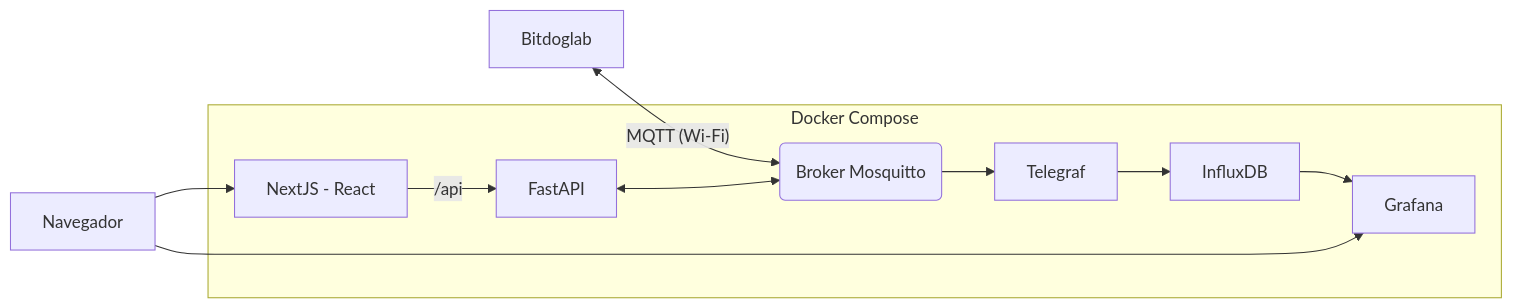
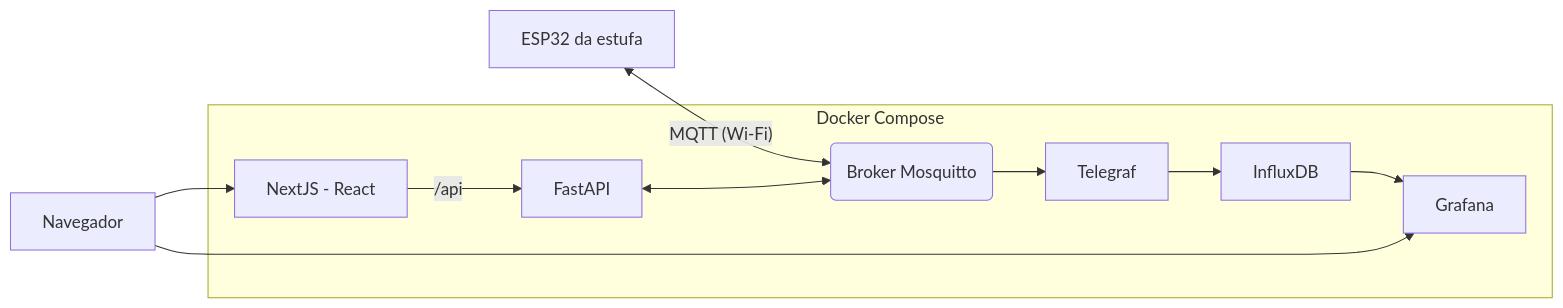
One commit to Mateus-David/CultivIa changed the diagram in README.md. Above: the diagram before and after it, drawn with Mermaid. The commit also changed other lines of this file and 11 other files, not shown here.

````diff
--- a/README.md
+++ b/README.md
@@ -9,11 +11,11 @@
 ```mermaid
 flowchart LR
-    Placa["Bitdoglab"] <-- "MQTT (Wi-Fi)" --> Mosquitto(Broker Mosquitto)
+    Placa["ESP32 da estufa"] <-- "MQTT (Wi-Fi)" --> Mosquitto(Broker Mosquitto)
     subgraph Docker Compose
         Mosquitto(Broker Mosquitto) --> Telegraf --> InfluxDB --> Grafana
         Web["NextJS - React"] -- "/api" --> API["FastAPI"]
         API <--> Mosquitto
     end
     Navegador --> Web
     Navegador --> Grafana
 ```
````
